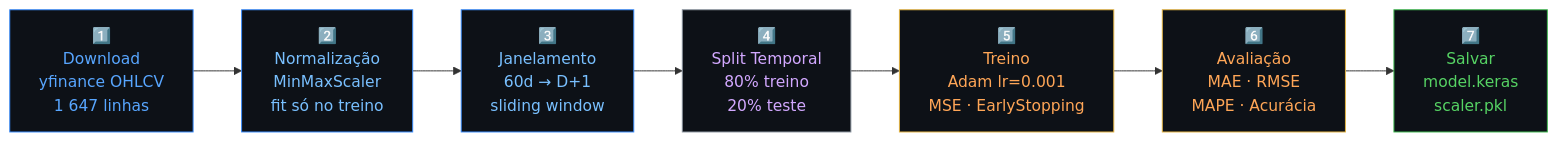
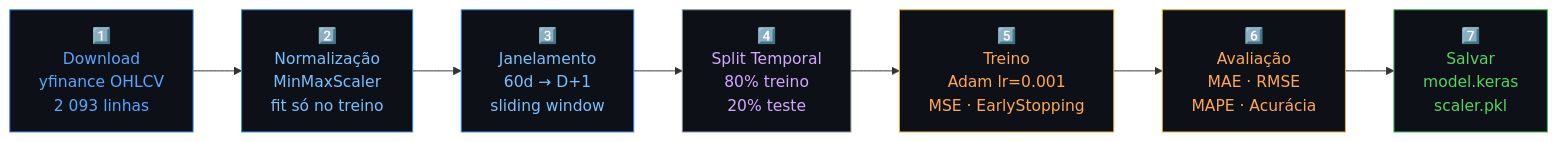
One commit to dionebraga/Pos_Tech_MLET-Fase-4 changed the sixth of 10 diagrams in README.md. Above: the diagram before and after it, drawn with Mermaid. The commit also changed other lines of this file, not shown here.

First line of the commit message:
README: replace xychart + add deep learning mechanism diagrams

````diff
--- a/README.md
+++ b/README.md
@@ -690,20 +697,20 @@
 ```mermaid
 flowchart LR
-    S1["1️⃣\nDownload\nyfinance OHLCV\n1 647 linhas"]
+    S1["1️⃣\nDownload\nyfinance OHLCV\n2 093 linhas"]
     S2["2️⃣\nNormalização\nMinMaxScaler\nfit só no treino"]
     S3["3️⃣\nJanelamento\n60d → D+1\nsliding window"]
     S4["4️⃣\nSplit Temporal\n80% treino\n20% teste"]
     S5["5️⃣\nTreino\nAdam lr=0.001\nMSE · EarlyStopping"]
     S6["6️⃣\nAvaliação\nMAE · RMSE\nMAPE · Acurácia"]
     S7["7️⃣\nSalvar\nmodel.keras\nscaler.pkl"]
 
     S1 --> S2 --> S3 --> S4 --> S5 --> S6 --> S7
 
     style S1 fill:#0d1117,color:#58a6ff,stroke:#388bfd
     style S2 fill:#0d1117,color:#79c0ff,stroke:#388bfd
     style S3 fill:#0d1117,color:#79c0ff,stroke:#388bfd
     style S4 fill:#0d1117,color:#d2a8ff,stroke:#8b949e
     style S5 fill:#0d1117,color:#ffa657,stroke:#e3b341
     style S6 fill:#0d1117,color:#ffa657,stroke:#e3b341
     style S7 fill:#0d1117,color:#56d364,stroke:#3fb950
 ```
````
